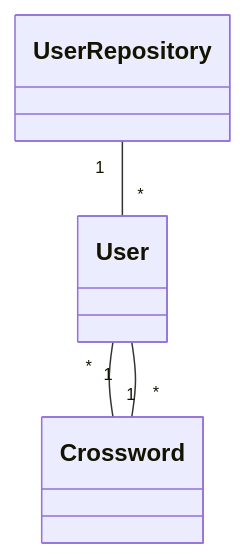
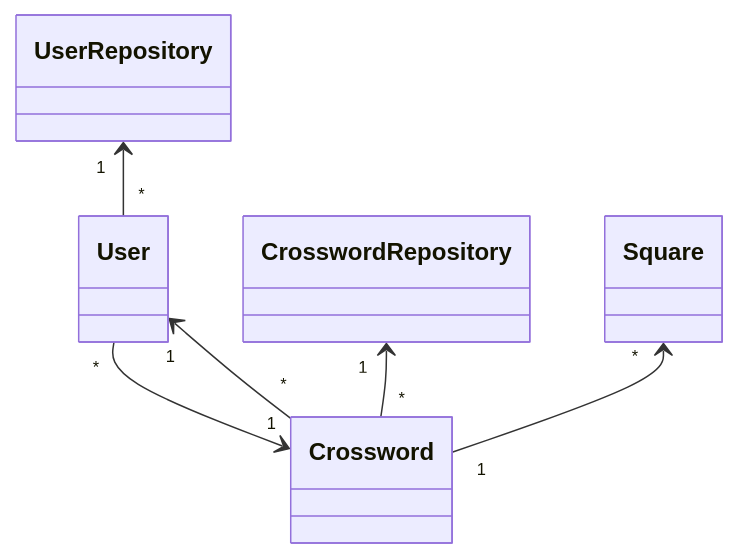
Before and after one commit to PaavoAhola/ot-harjoitustyo: the diagram in dokumentaatio/arkkitehtuuri.md, drawn with Mermaid. The commit also changed other lines of this file, not shown here.

````diff
--- a/dokumentaatio/arkkitehtuuri.md
+++ b/dokumentaatio/arkkitehtuuri.md
@@ -1,7 +9,8 @@
 ```mermaid
 classDiagram
-  UserRepository "1" -- "*" User
-  Crossword "*" -- "1" User
-  User "*" -- "1" Crossword
-
+  UserRepository "1" <-- "*" User
+  Crossword "*" --> "1" User
+  User "*" --> "1" Crossword
+  CrosswordRepository "1" <-- "*" Crossword
+  Square "*" <-- "1" Crossword
 ```
````
